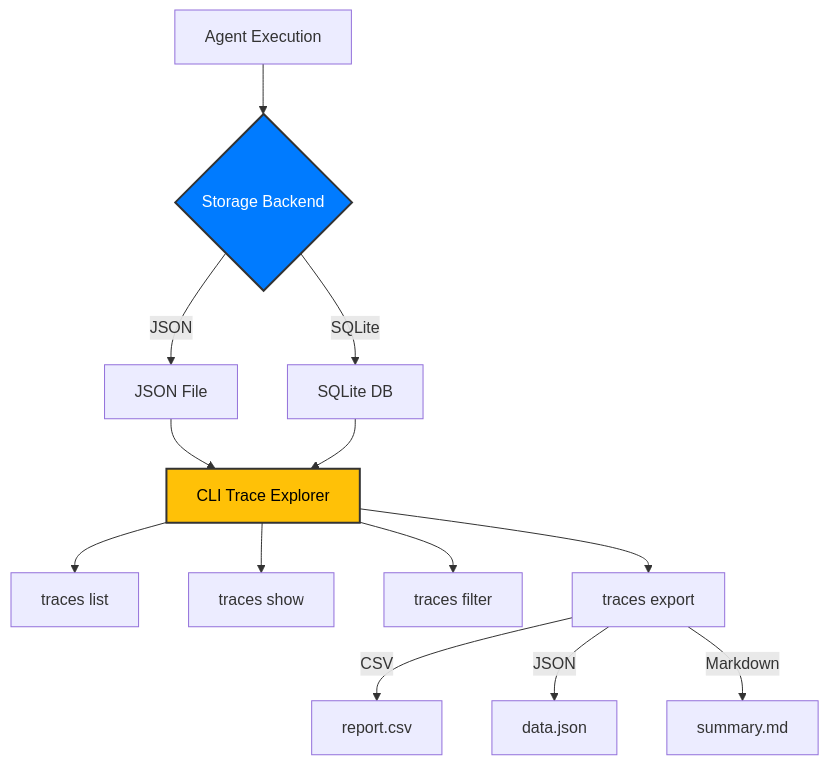
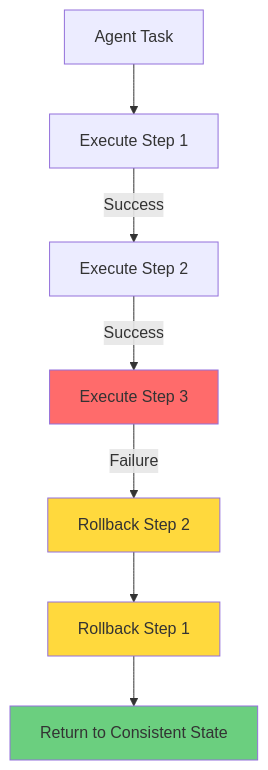
The diagram in README.md (hadywalied/agenthelm), drawn with Mermaid before and after one commit. The commit also changed other lines of this file and 3 other files, not shown here.

````diff
--- a/README.md
+++ b/README.md
@@ -107,18 +258,13 @@
 ```mermaid
 graph TD
-    A[Agent Execution] --> B{Storage Backend}
-    B -->|JSON| C[JSON File]
-    B -->|SQLite| D[SQLite DB]
-    C --> E[CLI Trace Explorer]
-    D --> E
-    E --> F[traces list]
-    E --> G[traces show]
-    E --> H[traces filter]
-    E --> I[traces export]
-    I -->|CSV| J[report.csv]
-    I -->|JSON| K[data.json]
-    I -->|Markdown| L[summary.md]
-    style B fill: #007BFF, stroke: #333, stroke-width: 2px, color: #fff
-    style E fill: #FFC107, stroke: #333, stroke-width: 2px, color: #000
-
+    A[Agent Task] --> B[Execute Step 1]
+    B -->|Success| C[Execute Step 2]
+    C -->|Success| D[Execute Step 3]
+    D -->|Failure| E[Rollback Step 2]
+    E --> F[Rollback Step 1]
+    F --> G[Return to Consistent State]
+    style D fill: #ff6b6b
+    style E fill: #ffd93d
+    style F fill: #ffd93d
+    style G fill: #6bcf7f
 ```
````
